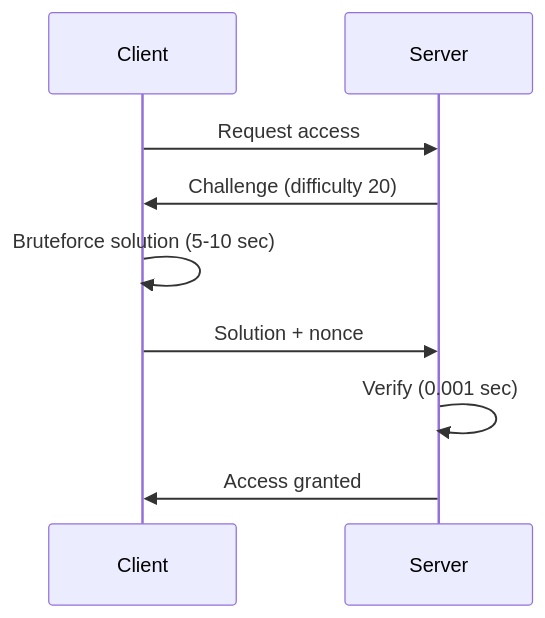
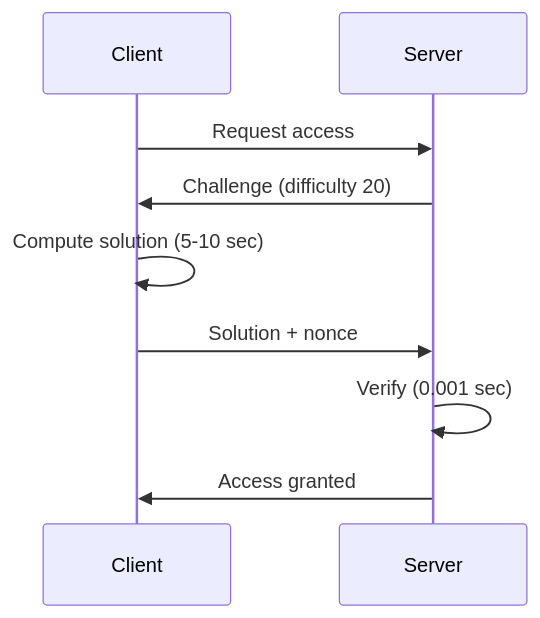
One commit to QudsLab/POW changed the second of 3 diagrams in README.md. Above: the diagram before and after it, drawn with Mermaid. The commit also changed other lines of this file, not shown here.

````diff
--- a/README.md
+++ b/README.md
@@ -98,12 +42,12 @@
 ```mermaid
 sequenceDiagram
     participant Client
     participant Server
     
     Client->>Server: Request access
     Server->>Client: Challenge (difficulty 20)
-    Client->>Client: Bruteforce solution (5-10 sec)
+    Client->>Client: Compute solution (5-10 sec)
     Client->>Server: Solution + nonce
     Server->>Server: Verify (0.001 sec)
     Server->>Client: Access granted
 ```
````
